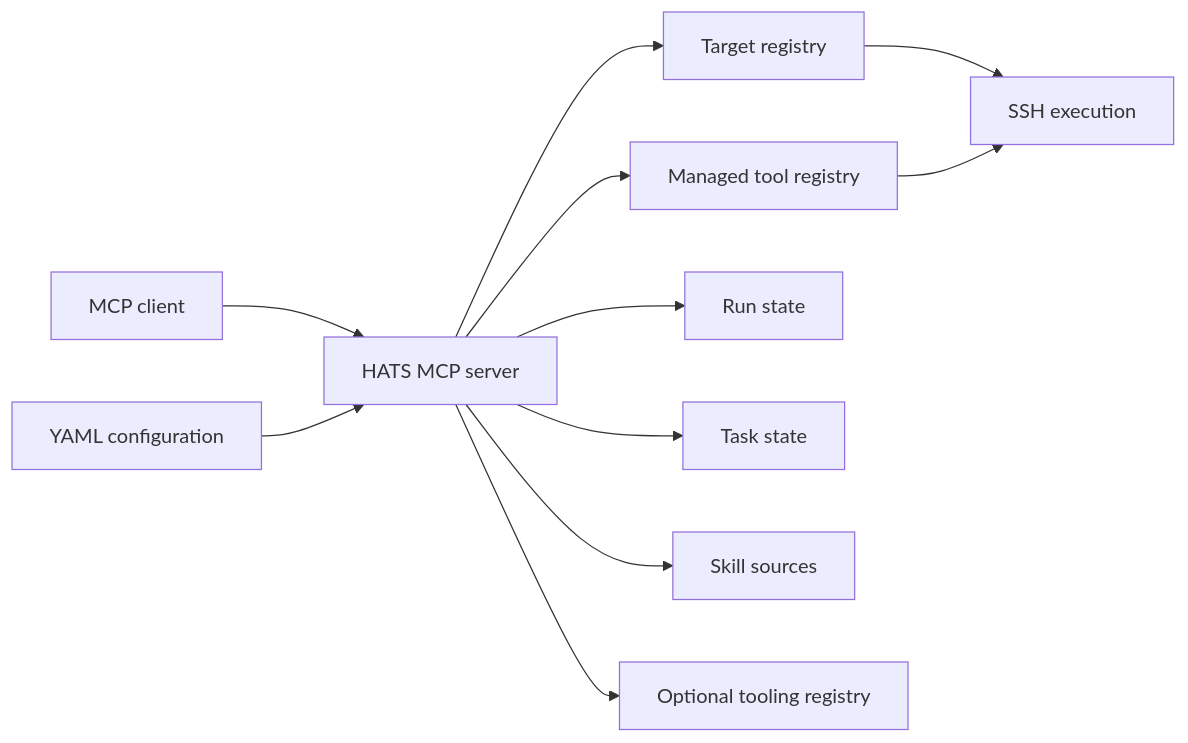
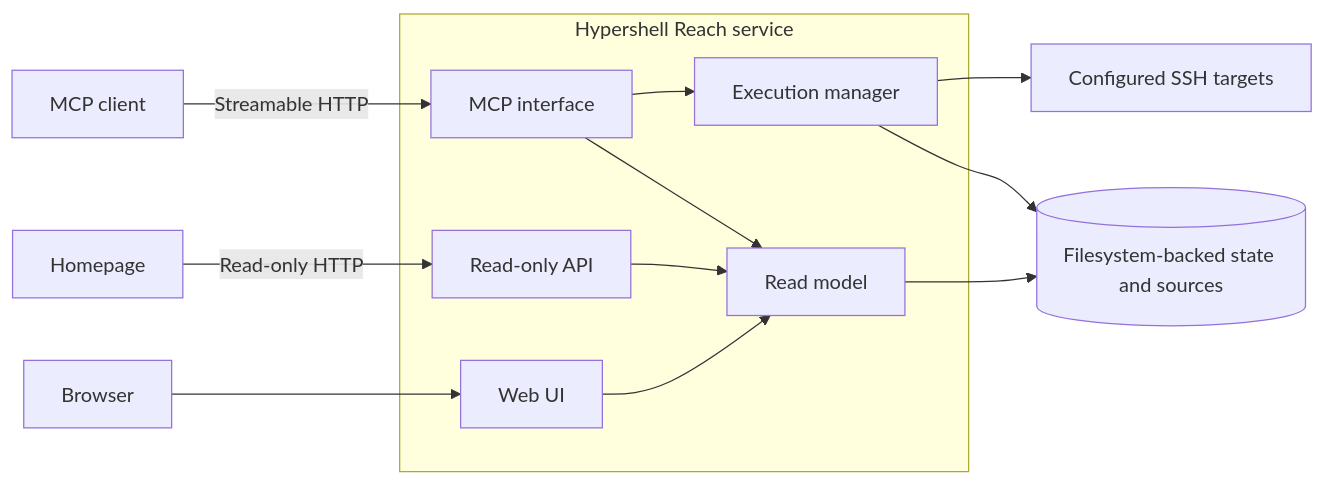
Before and after one commit to X1pheR/hypershell-reach: the diagram in docs/architecture.md, drawn with Mermaid. The commit also changed other lines of this file and 84 other files, not shown here.

First line of the commit message:
feat: launch Hypershell Reach 0.5.0 (#16)

````diff
--- a/docs/architecture.md
+++ b/docs/architecture.md
@@ -7,13 +7,22 @@
 ```mermaid
 flowchart LR
-    Client[MCP client] --> Server[HATS MCP server]
-    Config[YAML configuration] --> Server
-    Server --> Targets[Target registry]
-    Server --> Tools[Managed tool registry]
-    Targets --> SSH[SSH execution]
-    Tools --> SSH
-    Server --> Runs[Run state]
-    Server --> Tasks[Task state]
-    Server --> Skills[Skill sources]
-    Server --> Registry[Optional tooling registry]
+    C[MCP client] -->|Streamable HTTP| M
+    H[Homepage] -->|Read-only HTTP| A
+    B[Browser] --> U
+
+    subgraph R[Hypershell Reach service]
+        M[MCP interface]
+        A[Read-only API]
+        U[Web UI]
+        X[Execution manager]
+        RM[Read model]
+        M --> X
+        M --> RM
+        A --> RM
+        U --> RM
+    end
+
+    X --> SSH[Configured SSH targets]
+    RM --> W[(Filesystem-backed state and sources)]
+    X --> W
 ```
````
